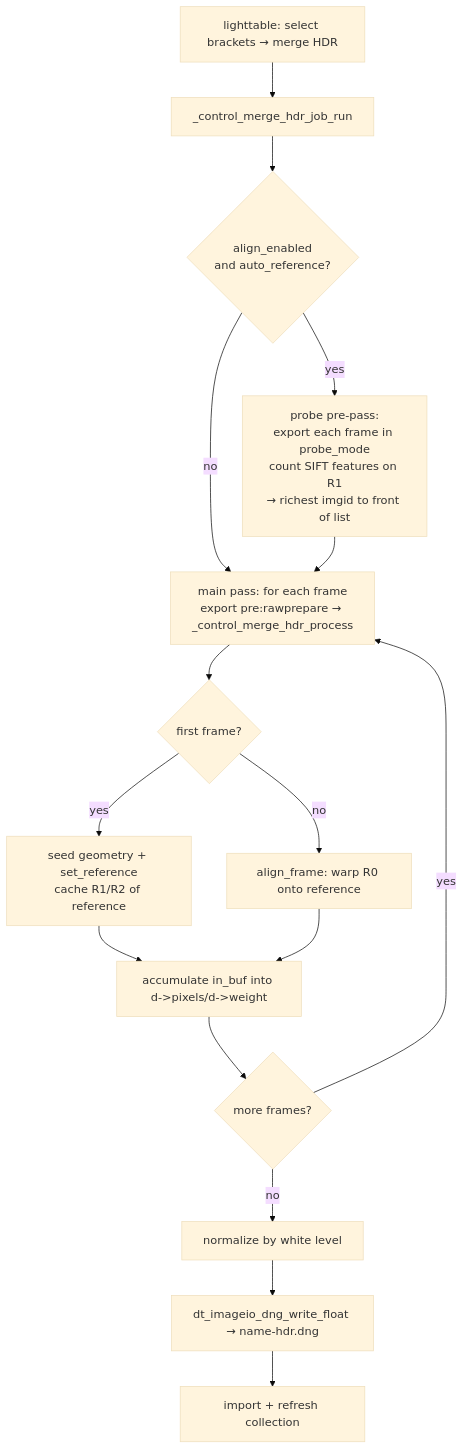
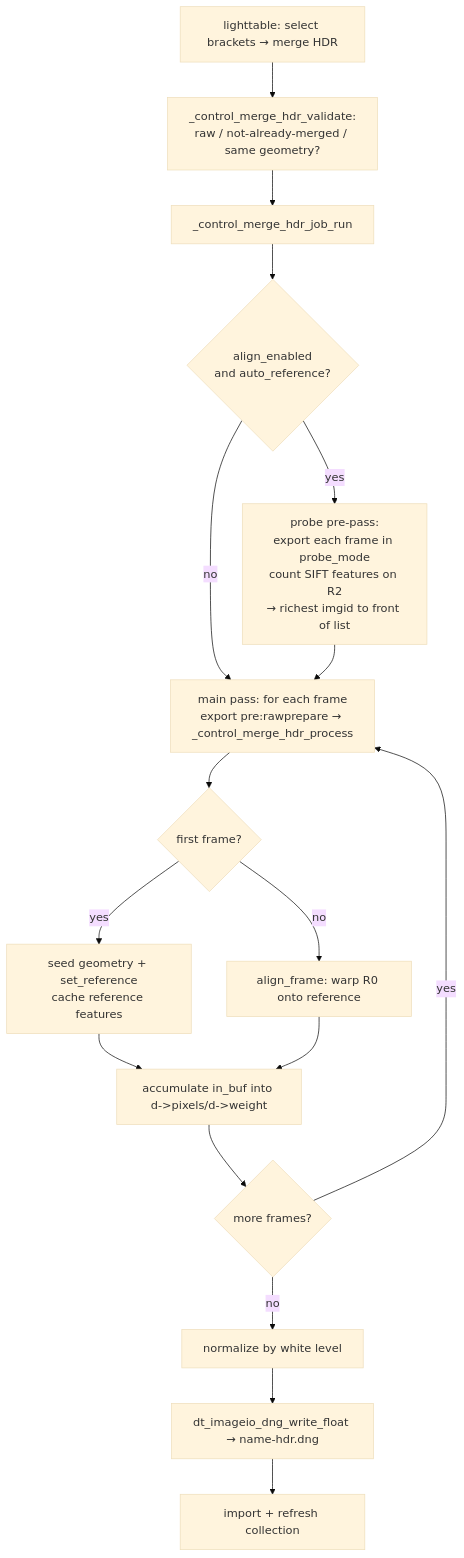
One commit to darktable-org/darktable changed the second of 6 diagrams in dev-doc/HDR_Alignment_Design.md. Above: the diagram before and after it, drawn with Mermaid (base theme). The commit also changed other lines of this file and 5 other files, not shown here.

````diff
--- a/dev-doc/HDR_Alignment_Design.md
+++ b/dev-doc/HDR_Alignment_Design.md
@@ -180,18 +184,19 @@
 ```mermaid
 flowchart TD
-    A[lighttable: select brackets → merge HDR] --> B[_control_merge_hdr_job_run]
+    A[lighttable: select brackets → merge HDR] --> A2[_control_merge_hdr_validate:<br/>raw / not-already-merged / same geometry?]
+    A2 --> B[_control_merge_hdr_job_run]
     B --> C{align_enabled<br/>and auto_reference?}
-    C -- yes --> D[probe pre-pass:<br/>export each frame in probe_mode<br/>count SIFT features on R1<br/>→ richest imgid to front of list]
+    C -- yes --> D[probe pre-pass:<br/>export each frame in probe_mode<br/>count SIFT features on R2<br/>→ richest imgid to front of list]
     C -- no --> E
     D --> E[main pass: for each frame<br/>export pre:rawprepare → _control_merge_hdr_process]
     E --> F{first frame?}
-    F -- yes --> G[seed geometry + set_reference<br/>cache R1/R2 of reference]
+    F -- yes --> G[seed geometry + set_reference<br/>cache reference features]
     F -- no --> H[align_frame: warp R0 onto reference]
     G --> I[accumulate in_buf into d->pixels/d->weight]
     H --> I
     I --> J{more frames?}
     J -- yes --> E
     J -- no --> K[normalize by white level]
     K --> L[dt_imageio_dng_write_float → name-hdr.dng]
     L --> M[import + refresh collection]
 ```
````
